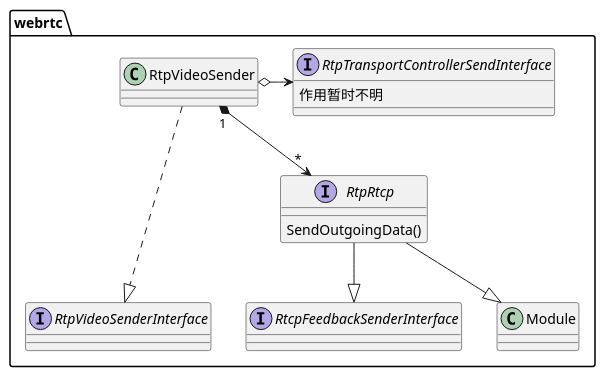
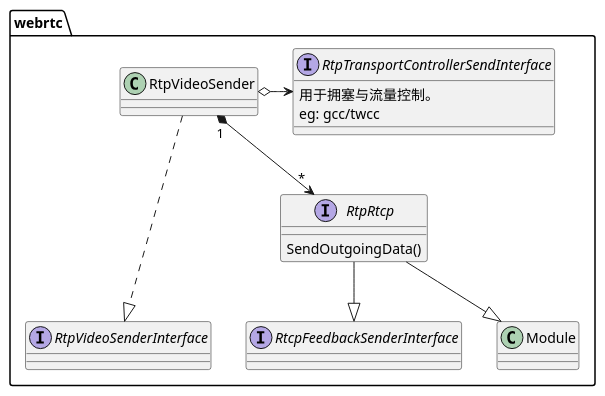
Before and after one commit to mingxin505/webrtcNote: the ninth of 19 diagrams in webrtc_chrome/Design.md, drawn with PlantUML. The commit also changed 3 other files, not shown here.

````diff
--- a/webrtc_chrome/Design.md
+++ b/webrtc_chrome/Design.md
@@ -176,17 +176,18 @@
 ```plantuml
 package webrtc { 
     interface RtpVideoSenderInterface
     interface RtpTransportControllerSendInterface {
-        作用暂时不明
+        用于拥塞与流量控制。
+        eg: gcc/twcc
     }
     interface RtpRtcp {
         SendOutgoingData()
     }
     interface RtcpFeedbackSenderInterface
     RtpVideoSender ...|> RtpVideoSenderInterface
     RtpVideoSender "1" *--> "*" RtpRtcp
     RtpVideoSender o-> RtpTransportControllerSendInterface
     RtpRtcp --|> Module
     RtpRtcp --|> RtcpFeedbackSenderInterface
 }
 ```
````
